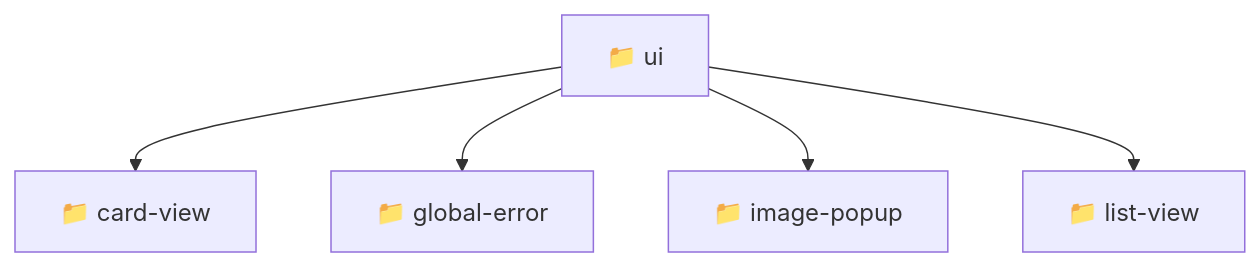
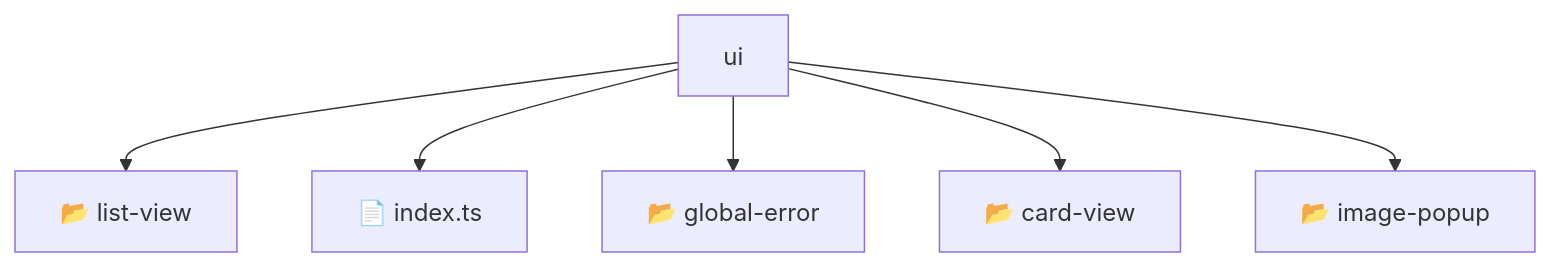
Before and after one commit to beginwebdev2002/fullstack-mavluda: the diagram in frontend/src/shared/ui/README.md, drawn with Mermaid. The commit also changed other lines of this file and 155 other files, not shown here.

````diff
--- a/frontend/src/shared/ui/README.md
+++ b/frontend/src/shared/ui/README.md
@@ -10,8 +14,9 @@
 ```mermaid
 graph TD
-  Root["📁 ui"]
-  Root --> cardview["📁 card-view"]
-  Root --> globalerror["📁 global-error"]
-  Root --> imagepopup["📁 image-popup"]
-  Root --> listview["📁 list-view"]
+    Root[ui]
+    Root --> F0[📂 list-view]
+    Root --> F1[📄 index.ts]
+    Root --> F2[📂 global-error]
+    Root --> F3[📂 card-view]
+    Root --> F4[📂 image-popup]
 ```
````
